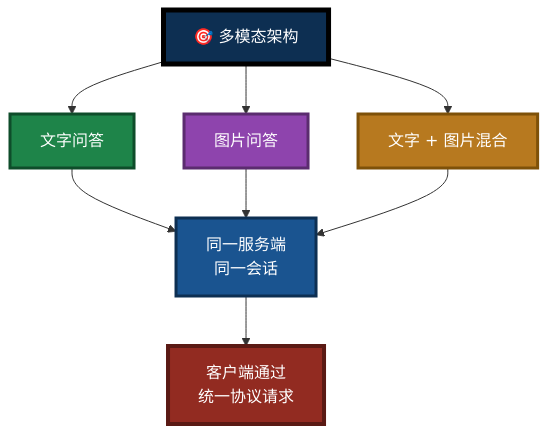
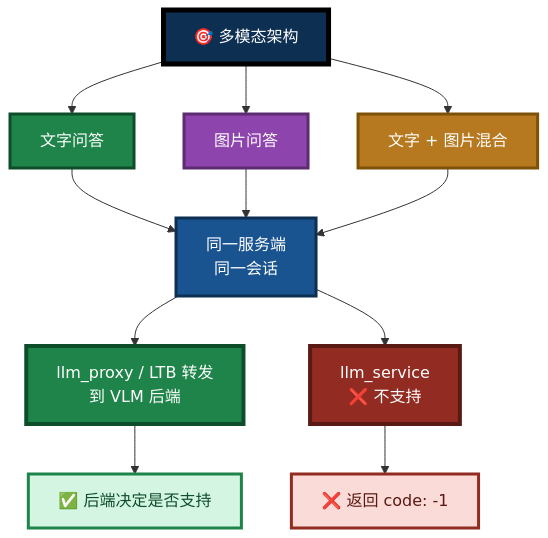
One commit to PassByYou888/LingoFuse-pasAgent-v3 changed the eighth of 19 diagrams in src/LingoFuse_LLM_Ecosystem_User_Guide.md. Above: the diagram before and after it, drawn with Mermaid. The commit also changed other lines of this file, not shown here.

````diff
--- a/src/LingoFuse_LLM_Ecosystem_User_Guide.md
+++ b/src/LingoFuse_LLM_Ecosystem_User_Guide.md
@@ -400,19 +427,26 @@
 ```mermaid
 flowchart TB
     A["🎯 多模态架构"] --> B1["文字问答"]
     A --> B2["图片问答"]
     A --> B3["文字 + 图片混合"]
 
     B1 --> C1["同一服务端<br/>同一会话"]
     B2 --> C1
     B3 --> C1
 
-    C1 --> D["客户端通过<br/>统一协议请求"]
+    C1 --> D1["llm_proxy / LTB 转发<br/>到 VLM 后端"]
+    C1 --> D2["llm_service<br/>❌ 不支持"]
+
+    D1 --> E1["✅ 后端决定是否支持"]
+    D2 --> E2["❌ 返回 code: -1"]
 
     style A fill:#0D2F52,stroke:#000000,stroke-width:5px,color:#FFFFFF
     style B1 fill:#1E8449,stroke:#0E4D2A,stroke-width:3px,color:#FFFFFF
     style B2 fill:#8E44AD,stroke:#5B2C6F,stroke-width:3px,color:#FFFFFF
     style B3 fill:#B7791F,stroke:#7E5109,stroke-width:3px,color:#FFFFFF
     style C1 fill:#1A5490,stroke:#0D2F52,stroke-width:3px,color:#FFFFFF
-    style D fill:#922B21,stroke:#5A1A14,stroke-width:4px,color:#FFFFFF
+    style D1 fill:#1E8449,stroke:#0E4D2A,stroke-width:4px,color:#FFFFFF
+    style D2 fill:#922B21,stroke:#5A1A14,stroke-width:4px,color:#FFFFFF
+    style E1 fill:#D5F5E3,stroke:#1E8449,stroke-width:3px,color:#0E4D2A
+    style E2 fill:#FADBD8,stroke:#922B21,stroke-width:3px,color:#5A1A14
 ```
````
